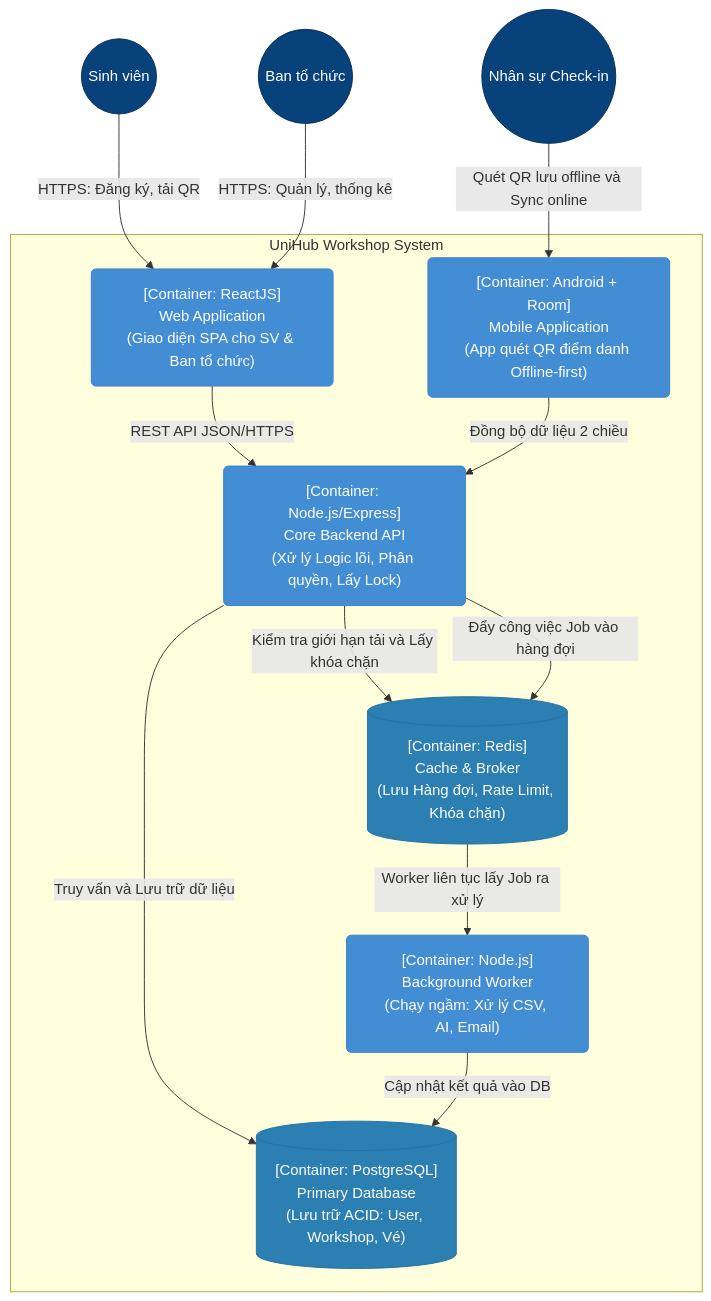
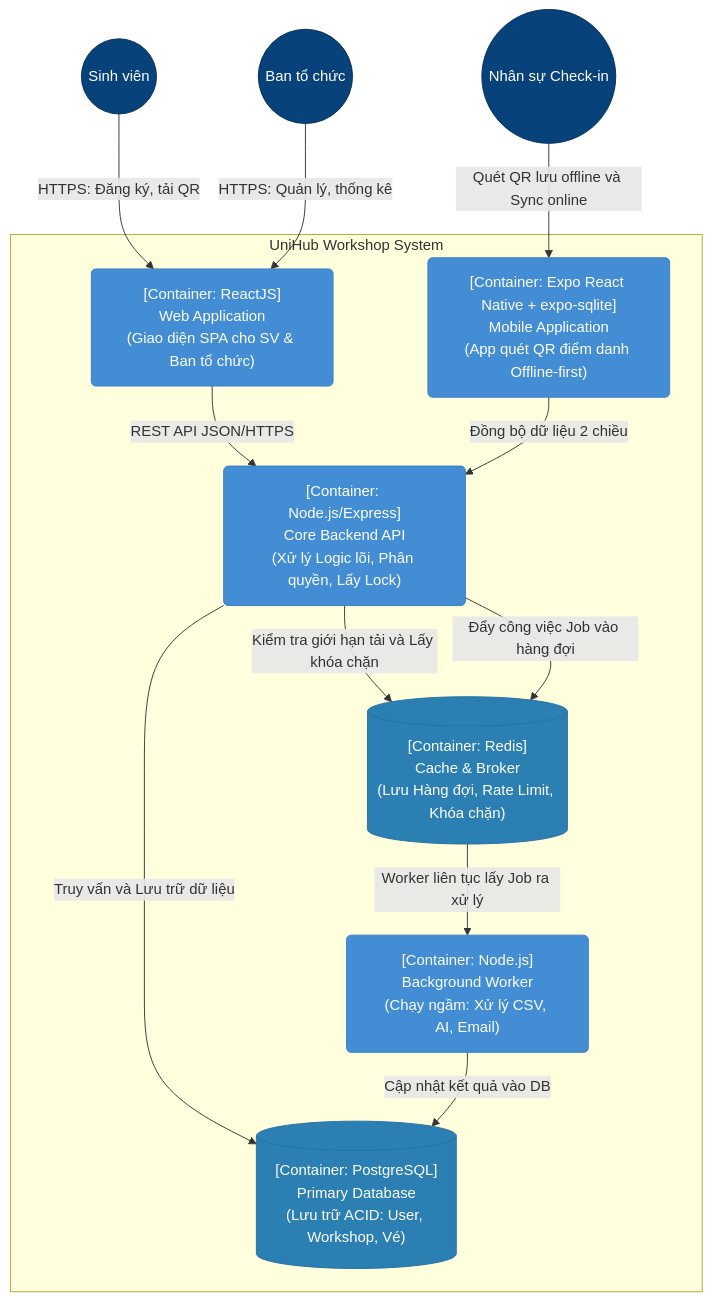
The second of 3 diagrams in blueprint/design.md (Pipi1225/Unihub-Workshop-23127052-23127125), drawn with Mermaid before and after one commit. The commit also changed other lines of this file and 8 other files, not shown here.

````diff
--- a/blueprint/design.md
+++ b/blueprint/design.md
@@ -48,44 +48,44 @@
 ```mermaid
 graph TD
     %% Định nghĩa các Style theo chuẩn C4 (Tone xanh dương)
     classDef container fill:#438dd5,stroke:#3c7fc0,color:#ffffff,rx:5px,ry:5px;
     classDef database fill:#2b7fb2,stroke:#2672a0,color:#ffffff;
     classDef actor fill:#08427b,stroke:#052e56,color:#ffffff;
 
     %% Khai báo Actors
     Student(("Sinh viên")):::actor
     Organizer(("Ban tổ chức")):::actor
     Staff(("Nhân sự Check-in")):::actor
 
     %% Khai báo Ranh giới hệ thống (System Boundary)
     subgraph "UniHub Workshop System"
 
         %% Khai báo các Containers (Kèm tiếng Việt)
         WebApp["[Container: ReactJS]<br/>Web Application<br/>(Giao diện SPA cho SV & Ban tổ chức)"]:::container
-        MobileApp["[Container: Android + Room]<br/>Mobile Application<br/>(App quét QR điểm danh Offline-first)"]:::container
+        MobileApp["[Container: Expo React Native + expo-sqlite]<br/>Mobile Application<br/>(App quét QR điểm danh Offline-first)"]:::container
 
         API["[Container: Node.js/Express]<br/>Core Backend API<br/>(Xử lý Logic lõi, Phân quyền, Lấy Lock)"]:::container
         Worker["[Container: Node.js]<br/>Background Worker<br/>(Chạy ngầm: Xử lý CSV, AI, Email)"]:::container
 
         DB[("[Container: PostgreSQL]<br/>Primary Database<br/>(Lưu trữ ACID: User, Workshop, Vé)")]:::database
         Redis[("[Container: Redis]<br/>Cache & Broker<br/>(Lưu Hàng đợi, Rate Limit, Khóa chặn)")]:::database
 
     end
 
     %% Tương tác từ User đến Hệ thống
     Student -->|HTTPS: Đăng ký, tải QR| WebApp
     Organizer -->|HTTPS: Quản lý, thống kê| WebApp
     Staff -->|Quét QR lưu offline và Sync online| MobileApp
 
     %% Tương tác giữa các Container bên trong
     WebApp -->|REST API JSON/HTTPS| API
     MobileApp -->|Đồng bộ dữ liệu 2 chiều| API
 
     API -->|Kiểm tra giới hạn tải và Lấy khóa chặn| Redis
     API -->|Truy vấn và Lưu trữ dữ liệu| DB
     API -->|Đẩy công việc Job vào hàng đợi| Redis
 
     Redis -->|Worker liên tục lấy Job ra xử lý| Worker
     Worker -->|Cập nhật kết quả vào DB| DB
 
 ```
````
